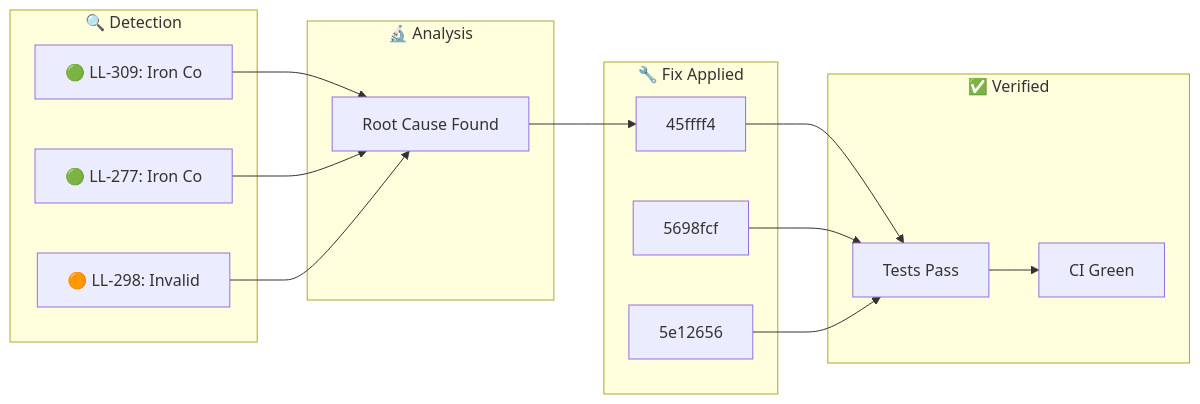
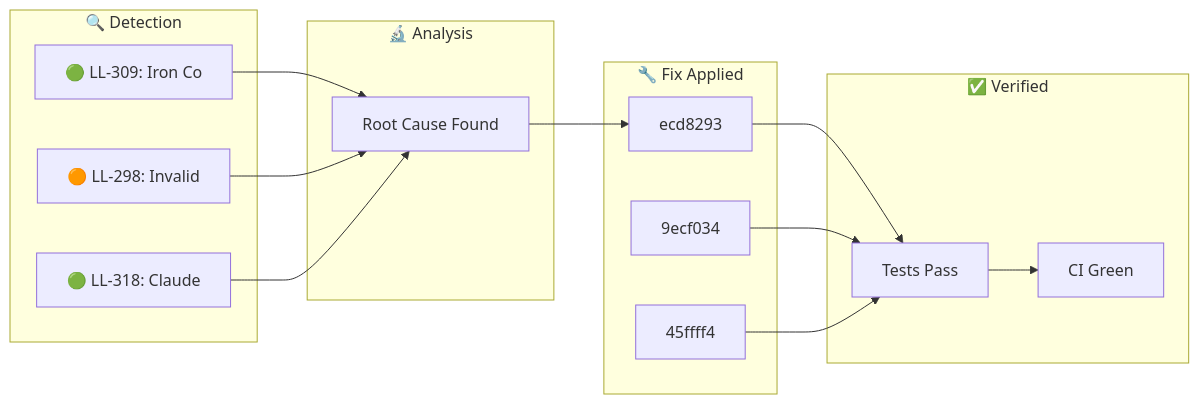
Before and after one commit to YoByron/trading: the diagram in docs/_posts/2026-01-28-ralph-discovery.md, drawn with Mermaid. The commit also changed other lines of this file, not shown here.

````diff
--- a/docs/_posts/2026-01-28-ralph-discovery.md
+++ b/docs/_posts/2026-01-28-ralph-discovery.md
@@ -17,28 +17,28 @@
 ```mermaid
 flowchart LR
     subgraph Detection["🔍 Detection"]
         D1["🟢 LL-309: Iron Co"]
-        D2["🟢 LL-277: Iron Co"]
-        D3["🟠 LL-298: Invalid"]
+        D2["🟠 LL-298: Invalid"]
+        D3["🟢 LL-318: Claude "]
     end
     subgraph Analysis["🔬 Analysis"]
         A1["Root Cause Found"]
     end
     subgraph Fix["🔧 Fix Applied"]
-        F1["45ffff4"]
-        F2["5698fcf"]
-        F3["5e12656"]
+        F1["ecd8293"]
+        F2["9ecf034"]
+        F3["45ffff4"]
     end
     subgraph Verify["✅ Verified"]
         V1["Tests Pass"]
         V2["CI Green"]
     end
     D1 --> A1
     D2 --> A1
     D3 --> A1
     A1 --> F1
     F1 --> V1
     F2 --> V1
     F3 --> V1
     V1 --> V2
 ```
````
